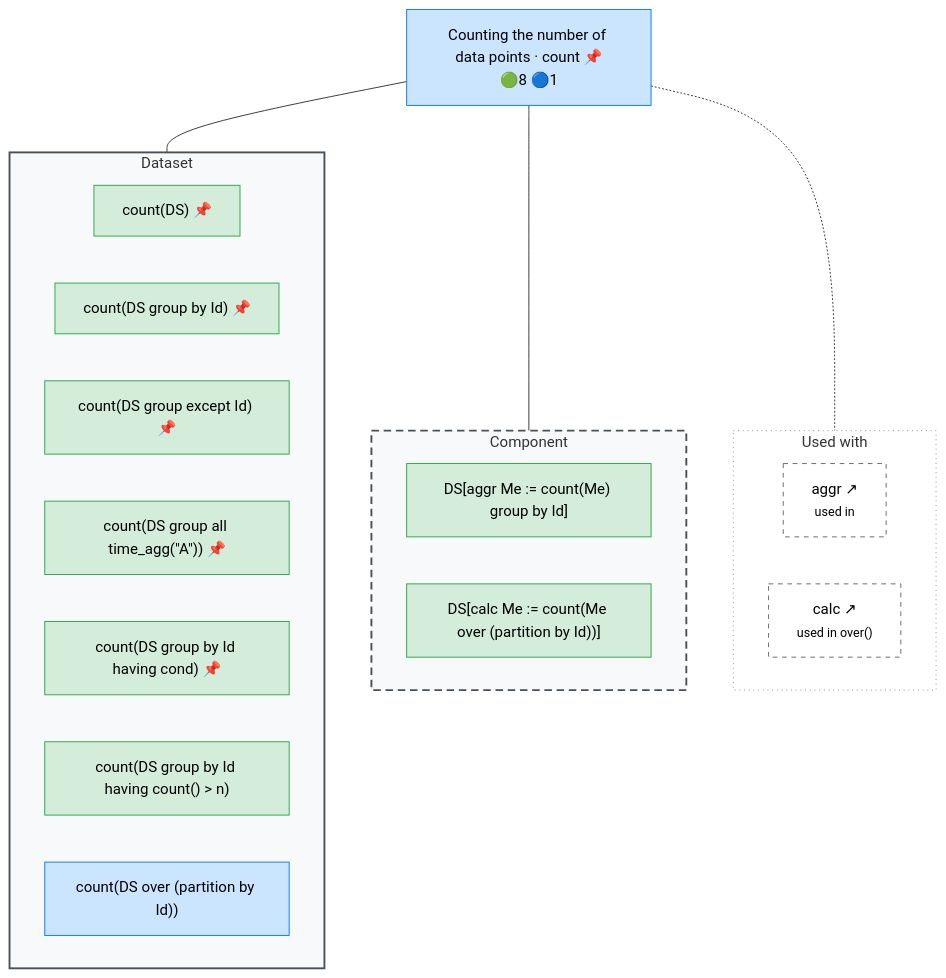
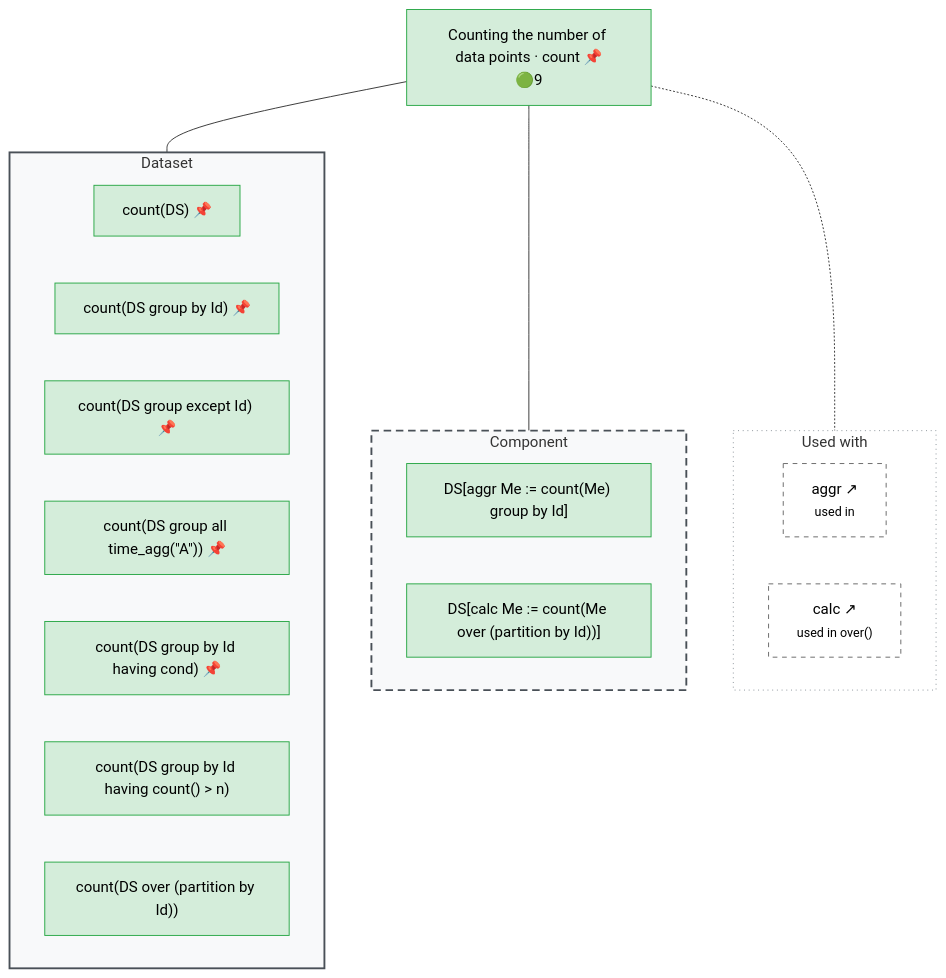
The diagram in docs/operator_map/aggregate/count.rst (Meaningful-Data/vtlengine), drawn with Mermaid before and after one commit. The commit also changed other lines of this file and 175 other files, not shown here.

```diff
--- a/docs/operator_map/aggregate/count.rst
+++ b/docs/operator_map/aggregate/count.rst
@@ -28,49 +28,49 @@
 .. mermaid::
    :config: {"flowchart": {"useMaxWidth": false}}
 
    flowchart TB
        classDef ok fill:#d4edda,stroke:#28a745,color:#000
        classDef partial fill:#fff3cd,stroke:#ffc107,color:#000
        classDef refused fill:#d4edda,stroke:#28a745,stroke-width:3px,stroke-dasharray: 2 2,color:#000
        classDef missing fill:#f8d7da,stroke:#dc3545,color:#000
        classDef diverge fill:#cce5ff,stroke:#007bff,color:#000
        classDef block fill:#2b3a4a,stroke:#2b3a4a,color:#fff,font-weight:bold
        classDef ext fill:#fff,stroke:#666,color:#000,stroke-dasharray: 5 5
-       O["Counting the number of data points · count 📌<br/>🟢8 🔵1"]:::diverge
+       O["Counting the number of data points · count 📌<br/>🟢9"]:::ok
        subgraph G_ds["Dataset"]
            direction LR
            v_ds_no_group["count(DS) 📌"]:::ok
            v_ds_group_by["count(DS group by Id) 📌"]:::ok
            v_ds_group_except["count(DS group except Id) 📌"]:::ok
            v_ds_group_all["count(DS group all time_agg(#quot;A#quot;)) 📌"]:::ok
            v_ds_having["count(DS group by Id having cond) 📌"]:::ok
            v_count_in_having["count(DS group by Id having count() #62; n)"]:::ok
-           v_analytic_ds["count(DS over (partition by Id))"]:::diverge
+           v_analytic_ds["count(DS over (partition by Id))"]:::ok
        end
        subgraph G_comp["Component"]
            direction LR
            v_comp_in_aggr["DS#91;aggr Me #58;#61; count(Me) group by Id#93;"]:::ok
            v_analytic_comp["DS#91;calc Me #58;#61; count(Me over (partition by Id))#93;"]:::ok
        end
        subgraph G_use["Used with"]
            direction LR
            used__clause__aggr["aggr ↗<br/><small>used in</small>"]:::ext
            used__clause__calc["calc ↗<br/><small>used in over()</small>"]:::ext
        end
        O --- G_ds
        O --- G_comp
        O -.- G_use
        style G_ds fill:#f8f9fa,stroke:#495057,stroke-width:2px
        style G_comp fill:#f8f9fa,stroke:#495057,stroke-width:2px,stroke-dasharray: 8 5
        style G_use fill:#ffffff,stroke:#868e96,stroke-width:1px,stroke-dasharray: 1 4
        click v_ds_no_group href "#form-ds-no-group"
        click v_ds_group_by href "#form-ds-group-by"
        click v_ds_group_except href "#form-ds-group-except"
        click v_ds_group_all href "#form-ds-group-all"
        click v_ds_having href "#form-ds-having"
        click v_count_in_having href "#form-count-in-having"
        click v_comp_in_aggr href "#form-comp-in-aggr"
        click v_analytic_ds href "#form-analytic-ds"
        click v_analytic_comp href "#form-analytic-comp"
        click used__clause__aggr href "../clause/aggr.html" "Aggregation · aggr"
        click used__clause__calc href "../clause/calc.html" "Calculation of a Component · calc"
```
